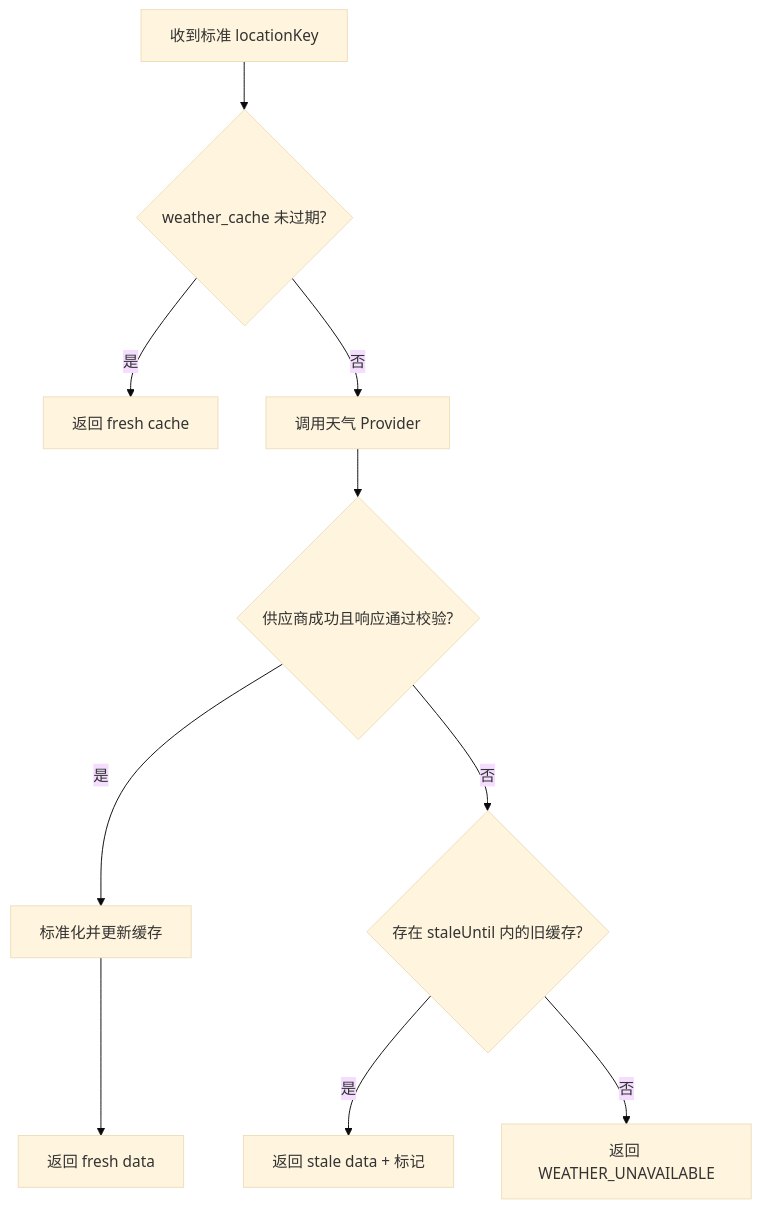
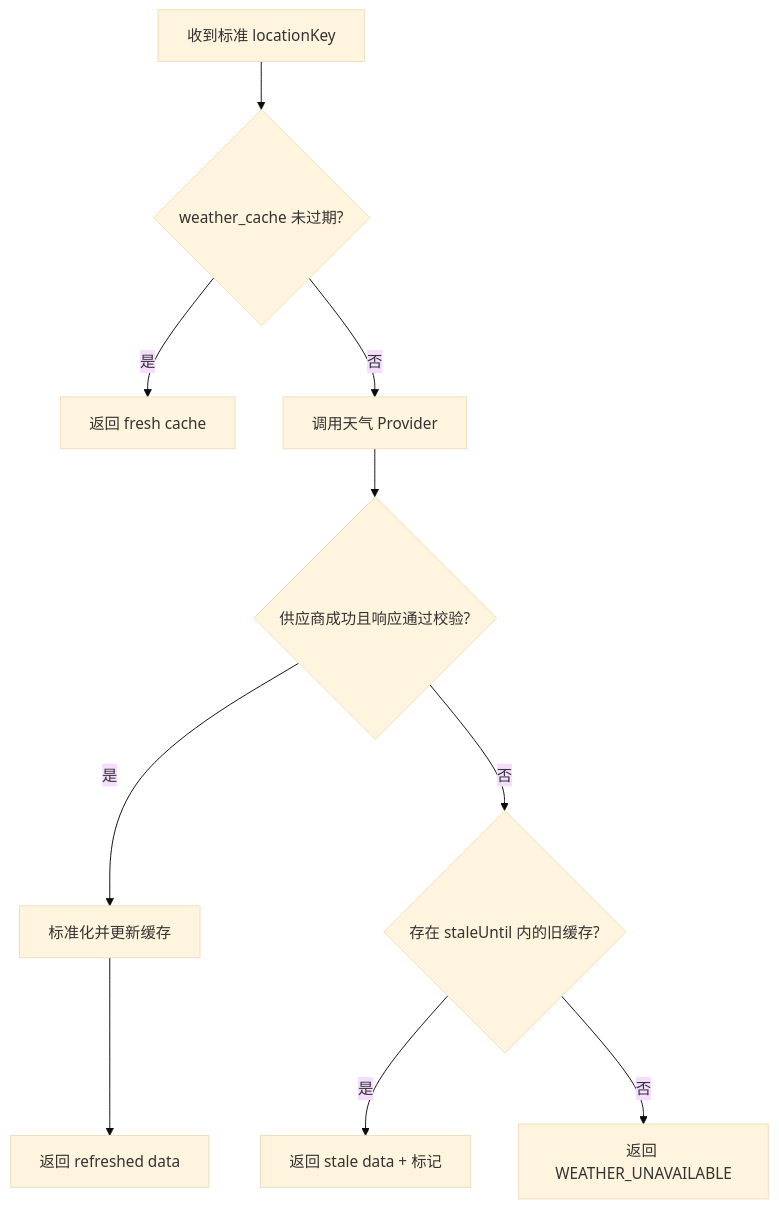
One commit to Ctcat0/light-note changed the second of 2 diagrams in docs/architecture.md. Above: the diagram before and after it, drawn with Mermaid (base theme). The commit also changed other lines of this file and 166 other files, not shown here.

````diff
--- a/docs/architecture.md
+++ b/docs/architecture.md
@@ -168,12 +168,12 @@
 ```mermaid
 flowchart TD
     A["收到标准 locationKey"] --> B{"weather_cache 未过期?"}
     B -- 是 --> C["返回 fresh cache"]
     B -- 否 --> D["调用天气 Provider"]
     D --> E{"供应商成功且响应通过校验?"}
     E -- 是 --> F["标准化并更新缓存"]
-    F --> G["返回 fresh data"]
+    F --> G["返回 refreshed data"]
     E -- 否 --> H{"存在 staleUntil 内的旧缓存?"}
     H -- 是 --> I["返回 stale data + 标记"]
     H -- 否 --> J["返回 WEATHER_UNAVAILABLE"]
 ```
````
